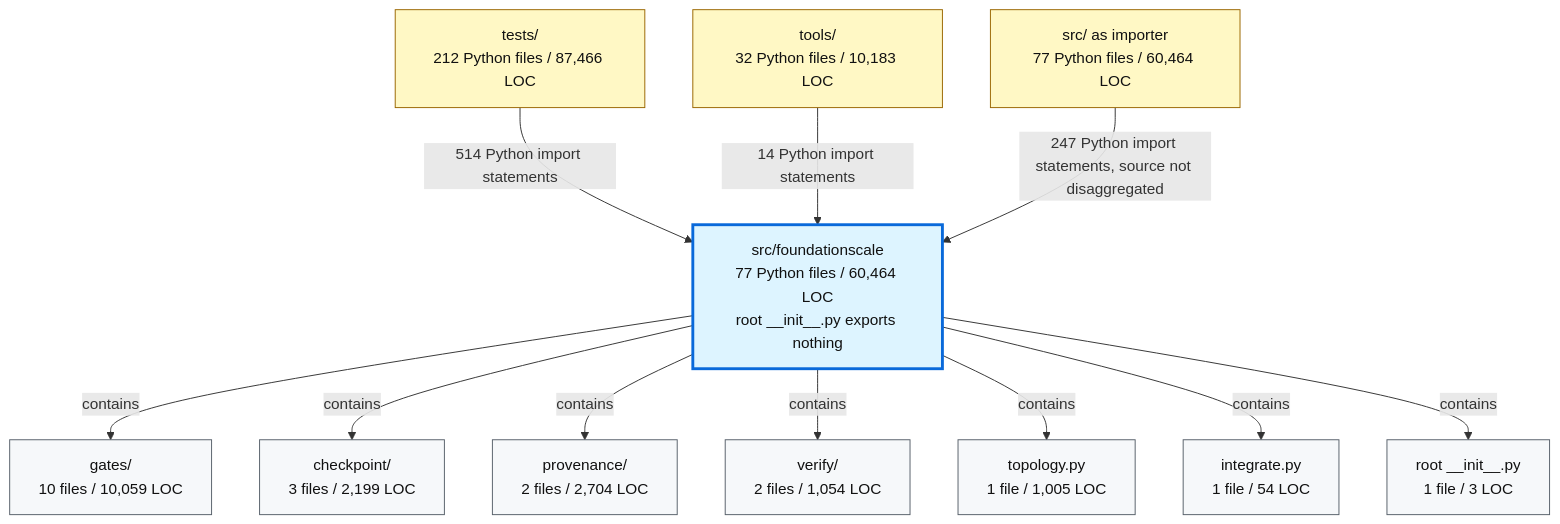
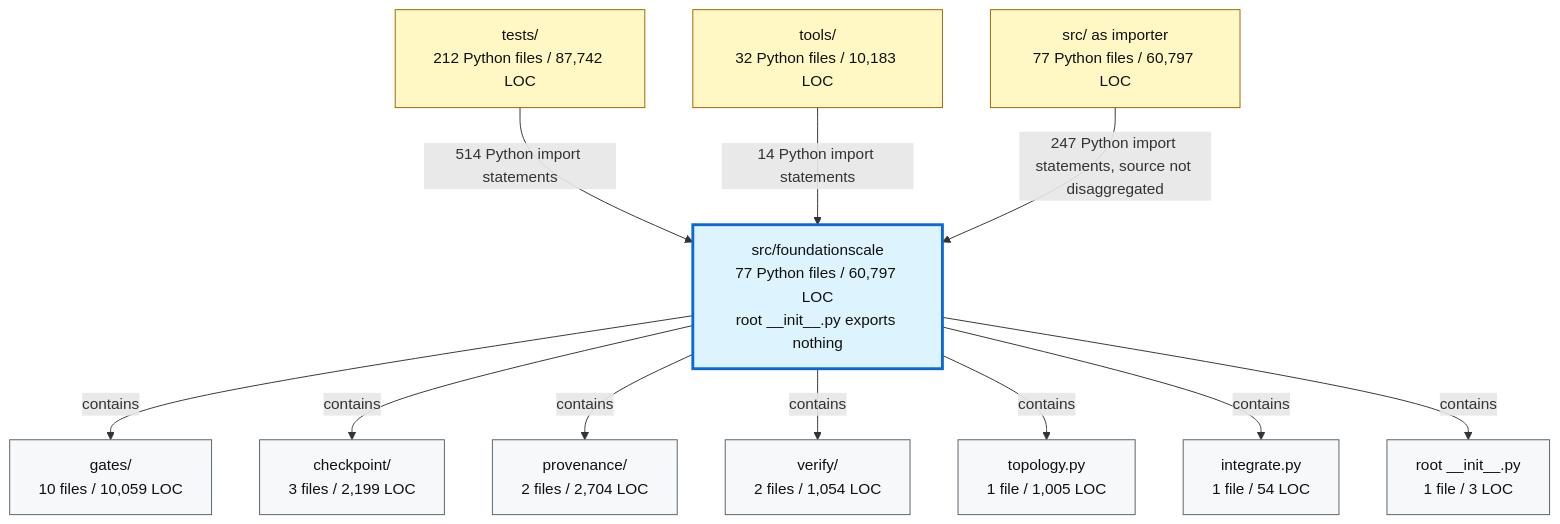
The second of 2 diagrams in docs/review/D2_current_architecture.md (TranNhiem/FoundationScale), drawn with Mermaid before and after one commit. The commit also changed other lines of this file and 21 other files, not shown here.

````diff
--- a/docs/review/D2_current_architecture.md
+++ b/docs/review/D2_current_architecture.md
@@ -97,36 +97,36 @@
 ```mermaid
 flowchart TB
-  TESTS["tests/<br/>212 Python files / 87,466 LOC"]
+  TESTS["tests/<br/>212 Python files / 87,742 LOC"]
   TOOLS["tools/<br/>32 Python files / 10,183 LOC"]
-  SRC["src/ as importer<br/>77 Python files / 60,464 LOC"]
+  SRC["src/ as importer<br/>77 Python files / 60,797 LOC"]
 
-  FS["src/foundationscale<br/>77 Python files / 60,464 LOC<br/>root __init__.py exports nothing"]
+  FS["src/foundationscale<br/>77 Python files / 60,797 LOC<br/>root __init__.py exports nothing"]
 
   GATES["gates/<br/>10 files / 10,059 LOC"]
   CKPT["checkpoint/<br/>3 files / 2,199 LOC"]
   PROV["provenance/<br/>2 files / 2,704 LOC"]
   VERIFY["verify/<br/>2 files / 1,054 LOC"]
   TOPO["topology.py<br/>1 file / 1,005 LOC"]
   INTEG["integrate.py<br/>1 file / 54 LOC"]
   ROOT["root __init__.py<br/>1 file / 3 LOC"]
 
   TESTS -->|"514 Python import statements"| FS
   TOOLS -->|"14 Python import statements"| FS
   SRC -->|"247 Python import statements, source not disaggregated"| FS
 
   FS -->|"contains"| GATES
   FS -->|"contains"| CKPT
   FS -->|"contains"| PROV
   FS -->|"contains"| VERIFY
   FS -->|"contains"| TOPO
   FS -->|"contains"| INTEG
   FS -->|"contains"| ROOT
 
   classDef consumer fill:#fff8c5,stroke:#9a6700,color:#111;
   classDef package fill:#ddf4ff,stroke:#0969da,stroke-width:3px,color:#111;
   classDef module fill:#f6f8fa,stroke:#57606a,color:#111;
 
   class TESTS,TOOLS,SRC consumer;
   class FS package;
   class GATES,CKPT,PROV,VERIFY,TOPO,INTEG,ROOT module;
 ```
````
